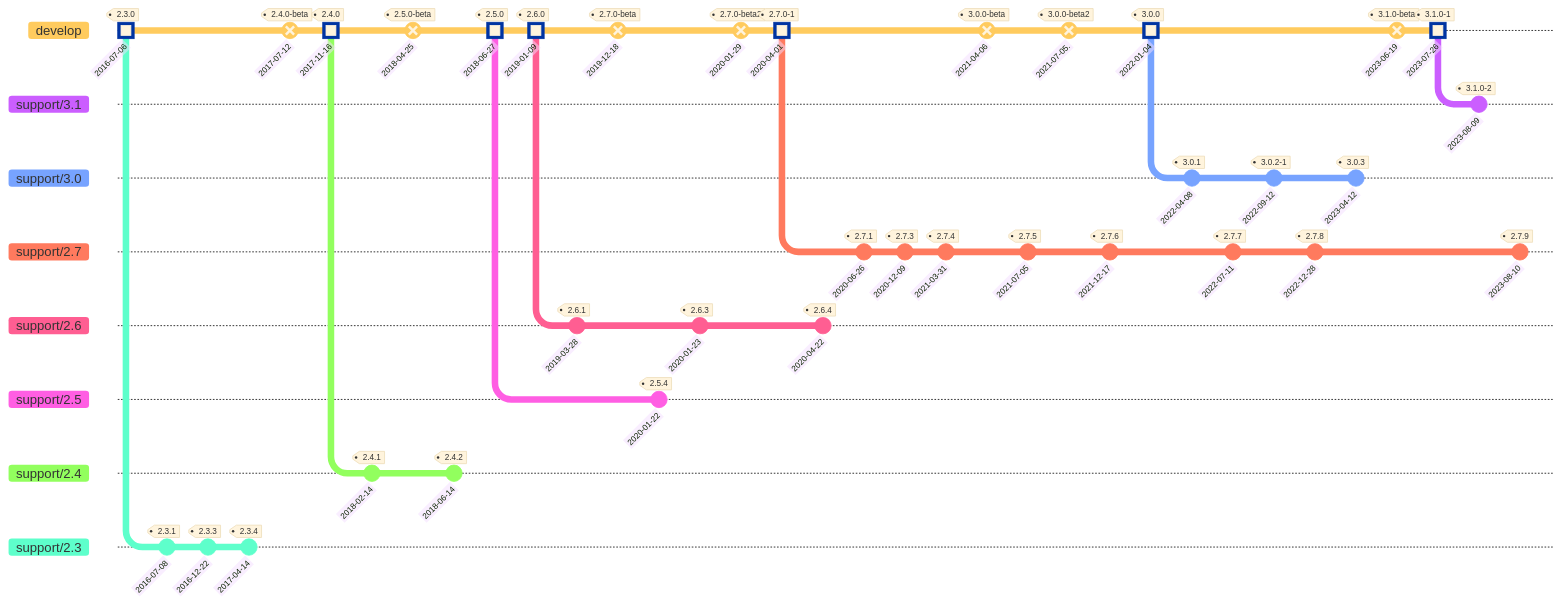
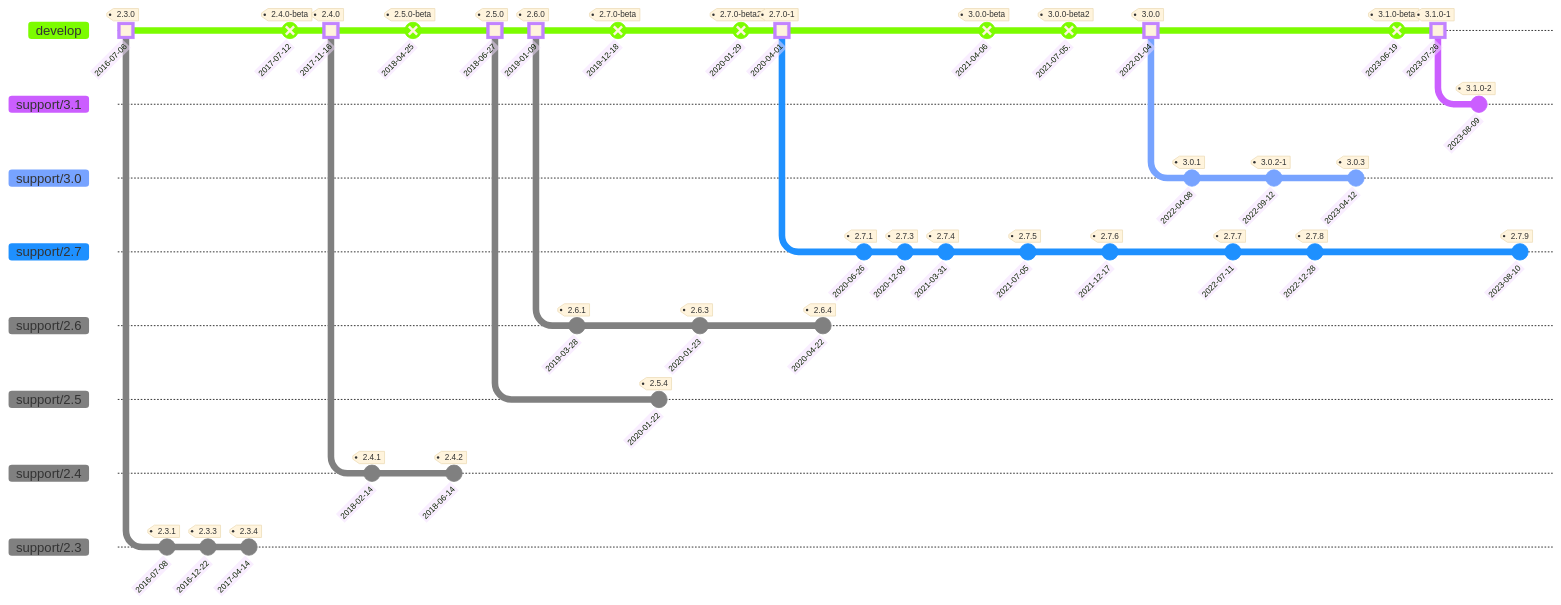
Before and after one commit to Combodo/iTop: the diagram in .doc/itop-version-history.md, drawn with Mermaid.

Commit message:
:memo: itop-version-history.md : change branches colors
Specific colors for :
- unsupported branches (grey)
- LTS (2.7)
- develop

````diff
--- a/.doc/itop-version-history.md
+++ b/.doc/itop-version-history.md
@@ -3,71 +3,78 @@
 ```mermaid
-%%{init: { 'logLevel': 'debug', 'theme': 'base', 'gitGraph': {'showBranches': true,'mainBranchName': 'develop','rotateCommitLabel': true}} }%%
+%%{init: { 'logLevel': 'debug', 'theme': 'base', 'themeVariables': {
+              'git0': 'lawngreen',
+              'git3': 'dodgerblue',
+              'git4': 'grey',
+              'git5': 'grey',
+              'git6': 'grey',
+              'git7': 'grey'
+       }, 'gitGraph': {'showBranches': true,'mainBranchName': 'develop','rotateCommitLabel': true}} }%%
 gitGraph
     commit id: "2016-07-06" tag: "2.3.0" type: HIGHLIGHT
     branch support/2.3 order: 900
     commit id: "2016-07-08" tag: "2.3.1"
     commit id: "2016-12-22" tag: "2.3.3"
     commit id: "2017-04-14" tag: "2.3.4"
     checkout develop
     commit id: "2017-07-12" tag: "2.4.0-beta" type: REVERSE
     commit id: "2017-11-16" tag: "2.4.0" type: HIGHLIGHT
     branch support/2.4 order: 890
     commit id: "2018-02-14" tag: "2.4.1"
     checkout develop
     commit id: "2018-04-25" tag: "2.5.0-beta" type: REVERSE
     checkout support/2.4
     commit id: "2018-06-14" tag: "2.4.2"
     checkout develop
     commit id: "2018-06-27" tag: "2.5.0" type: HIGHLIGHT
     branch support/2.5 order: 880
     checkout develop
     commit id: "2019-01-09" tag: "2.6.0" type: HIGHLIGHT
     branch support/2.6 order: 870
     commit id: "2019-03-28" tag: "2.6.1"
     checkout develop
     commit id: "2019-12-18" tag: "2.7.0-beta" type: REVERSE
     checkout support/2.5
     commit id: "2020-01-22" tag: "2.5.4"
     checkout support/2.6
     commit id: "2020-01-23" tag: "2.6.3"
     checkout develop
     commit id: "2020-01-29" tag: "2.7.0-beta2" type: REVERSE
     commit id: "2020-04-01" tag: "2.7.0-1" type: HIGHLIGHT
     checkout support/2.6
     commit id: "2020-04-22" tag: "2.6.4"
     checkout develop
     branch support/2.7 order: 860
     commit id: "2020-06-26" tag: "2.7.1"
     checkout support/2.7
     commit id: "2020-12-09" tag: "2.7.3"
     commit id: "2021-03-31" tag: "2.7.4"
     checkout develop
     commit id: "2021-04-06" tag: "3.0.0-beta" type: REVERSE
     checkout support/2.7
     commit id: "2021-07-05" tag: "2.7.5"
     checkout develop
     commit id: "2021-07-05." tag: "3.0.0-beta2" type: REVERSE
     checkout support/2.7
     commit id: "2021-12-17" tag: "2.7.6"
     checkout develop
     commit id: "2022-01-04" tag: "3.0.0" type: HIGHLIGHT
     branch support/3.0 order: 850
     commit id: "2022-04-08" tag: "3.0.1"
     checkout support/2.7
     commit id: "2022-07-11" tag: "2.7.7"
     checkout support/3.0
     commit id: "2022-09-12" tag: "3.0.2-1"
     checkout develop
     checkout support/2.7
     commit id: "2022-12-28" tag: "2.7.8"
     checkout support/3.0
     commit id: "2023-04-12" tag: "3.0.3"
     checkout develop
     commit id: "2023-06-19" tag: "3.1.0-beta" type: REVERSE
     commit id: "2023-07-26" tag: "3.1.0-1" type: HIGHLIGHT
     branch support/3.1 order: 840
     checkout support/3.1
     commit id: "2023-08-09" tag: "3.1.0-2"
     checkout support/2.7
     commit id: "2023-08-10" tag: "2.7.9"
 ```
````
